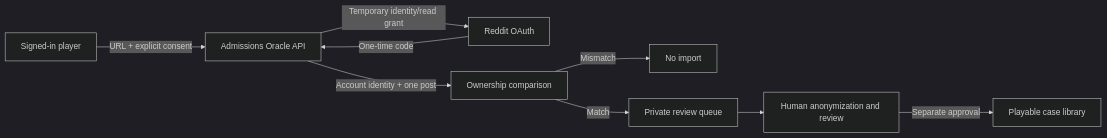
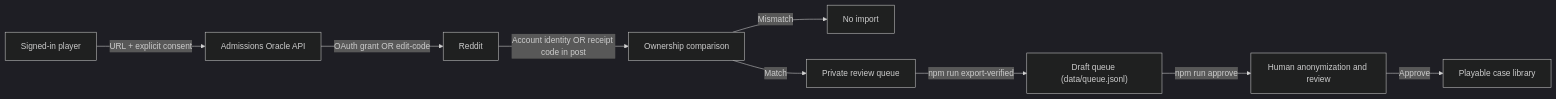
Before and after one commit to ChromedomeV12/CollegeAdmissionsGuessingGame: the diagram in docs/CONSENT_IMPORT.md, drawn with Mermaid (dark theme). The commit also changed other lines of this file and 15 other files, not shown here.

````diff
--- a/docs/CONSENT_IMPORT.md
+++ b/docs/CONSENT_IMPORT.md
@@ -16,11 +16,11 @@
 ```mermaid
 flowchart LR
   U["Signed-in player"] -->|"URL + explicit consent"| A["Admissions Oracle API"]
-  A -->|"Temporary identity/read grant"| R["Reddit OAuth"]
-  R -->|"One-time code"| A
-  A -->|"Account identity + one post"| O["Ownership comparison"]
+  A -->|"OAuth grant OR edit-code"| R["Reddit"]
+  R -->|"Account identity OR receipt code in post"| O["Ownership comparison"]
   O -->|"Mismatch"| X["No import"]
   O -->|"Match"| Q["Private review queue"]
-  Q --> H["Human anonymization and review"]
-  H -->|"Separate approval"| G["Playable case library"]
+  Q -->|"npm run export-verified"| E["Draft queue (data/queue.jsonl)"]
+  E -->|"npm run approve"| H["Human anonymization and review"]
+  H -->|"Approve"| G["Playable case library"]
 ```
````
